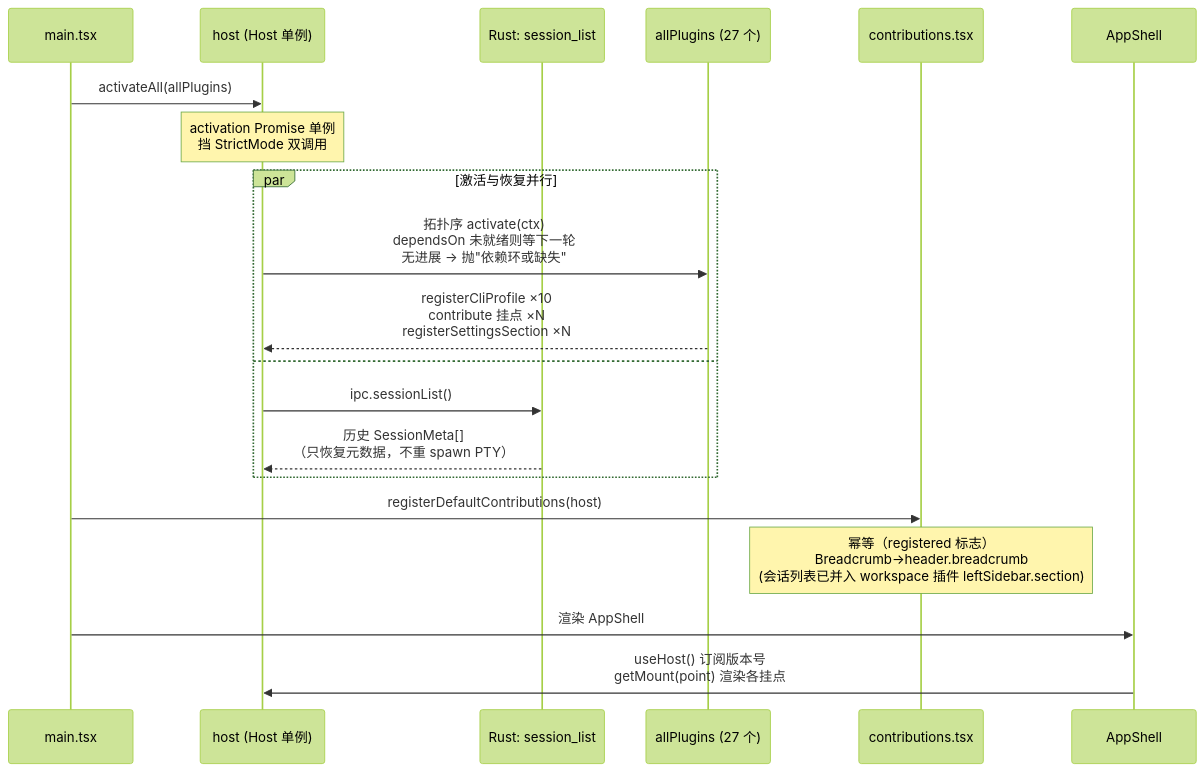
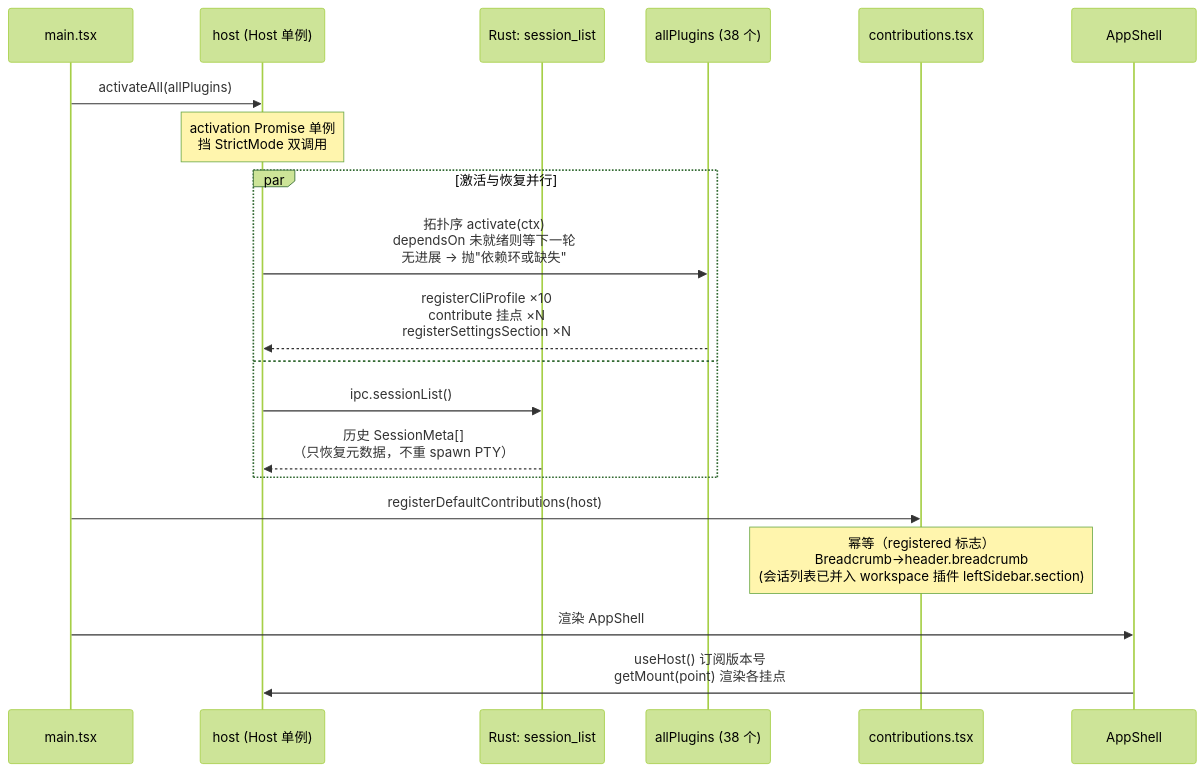
One commit to chenxiangning/tmd-cli changed the second of 8 diagrams in docs/architecture/02-code-architecture.md. Above: the diagram before and after it, drawn with Mermaid (forest theme). The commit also changed other lines of this file and 31 other files, not shown here.

Commit message:
docs: 全量文档对码 v0.2.4——architecture 计数与图面重写、worktree 契约档 16 新建、FEATURES/README/README_EN 增量域补齐、十案归档收口

````diff
--- a/docs/architecture/02-code-architecture.md
+++ b/docs/architecture/02-code-architecture.md
@@ -123,23 +141,23 @@
 ```mermaid
 sequenceDiagram
     participant M as main.tsx
     participant H as host (Host 单例)
     participant R as Rust: session_list
-    participant P as allPlugins (27 个)
+    participant P as allPlugins (38 个)
     participant C as contributions.tsx
     participant A as AppShell
 
     M->>H: activateAll(allPlugins)
     Note over H: activation Promise 单例<br/>挡 StrictMode 双调用
     par 激活与恢复并行
         H->>P: 拓扑序 activate(ctx)<br/>dependsOn 未就绪则等下一轮<br/>无进展 → 抛"依赖环或缺失"
         P-->>H: registerCliProfile ×10<br/>contribute 挂点 ×N<br/>registerSettingsSection ×N
     and
         H->>R: ipc.sessionList()
         R-->>H: 历史 SessionMeta[]<br/>（只恢复元数据，不重 spawn PTY）
     end
     M->>C: registerDefaultContributions(host)
     Note over C: 幂等（registered 标志）<br/>Breadcrumb→header.breadcrumb<br/>(会话列表已并入 workspace 插件 leftSidebar.section)
     M->>A: 渲染 AppShell
     A->>H: useHost() 订阅版本号<br/>getMount(point) 渲染各挂点
 ```
````
